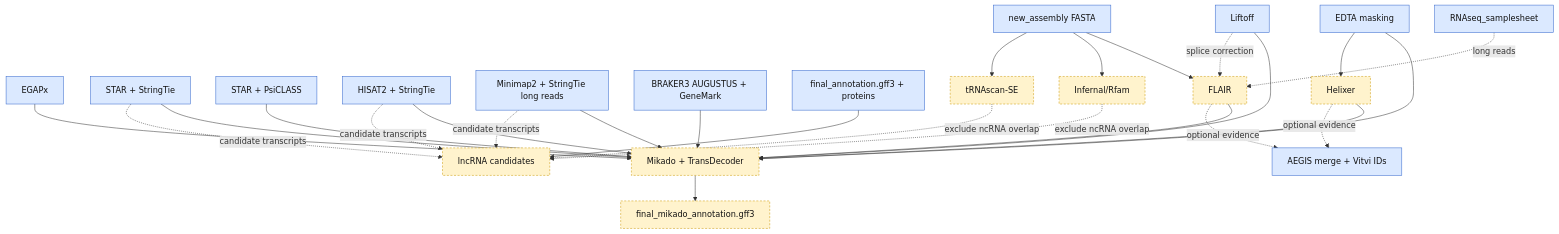
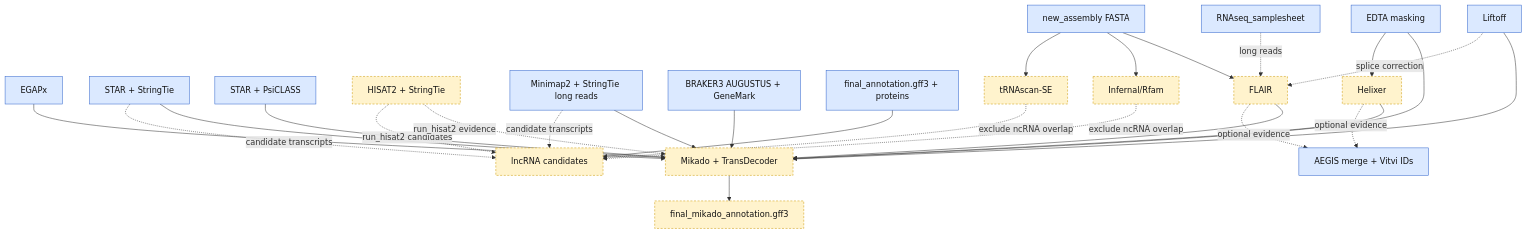
Before and after one commit to Grapedia/workflows: the third of 4 diagrams in TITAN/README.md, drawn with Mermaid. The commit also changed other lines of this file and 6 other files, not shown here.

````diff
--- a/TITAN/README.md
+++ b/TITAN/README.md
@@ -213,40 +217,42 @@
 ```mermaid
 flowchart TD
     classDef core fill:#dbe9ff,stroke:#3366cc,color:#111
     classDef opt fill:#fff3cd,stroke:#cc9900,color:#111,stroke-dasharray:4 3
 
     NEW[new_assembly FASTA]:::core
     RNA[RNAseq_samplesheet]:::core
     LIFT[Liftoff]:::core
     EDTA[EDTA masking]:::core
     EGAPX[EGAPx]:::core
     STAR[STAR + StringTie]:::core
     PSI[STAR + PsiCLASS]:::core
-    HISAT[HISAT2 + StringTie]:::core
+    HISAT[HISAT2 + StringTie]:::opt
     MM2[Minimap2 + StringTie long reads]:::core
     BRAKER[BRAKER3 AUGUSTUS + GeneMark]:::core
     FINAL[final_annotation.gff3 + proteins]:::core
     AEGIS[AEGIS merge + Vitvi IDs]:::core
 
     TRNA[tRNAscan-SE]:::opt
     RFAM[Infernal/Rfam]:::opt
     HELIXER[Helixer]:::opt
     FLAIR[FLAIR]:::opt
     LNC[lncRNA candidates]:::opt
     MIK[Mikado + TransDecoder]:::opt
     MIKGFF[final_mikado_annotation.gff3]:::opt
 
     NEW --> TRNA & RFAM & FLAIR
     RNA -.long reads.-> FLAIR
     LIFT -.splice correction.-> FLAIR
     EDTA --> HELIXER
     HELIXER & FLAIR -.optional evidence.-> AEGIS
 
     FINAL --> LNC
     TRNA & RFAM -.exclude ncRNA overlap.-> LNC
-    STAR & HISAT & MM2 -.candidate transcripts.-> LNC
+    STAR & MM2 -.candidate transcripts.-> LNC
+    HISAT -.run_hisat2 candidates.-> LNC
 
-    LIFT & EGAPX & BRAKER & STAR & PSI & HISAT & MM2 & HELIXER & FLAIR --> MIK
+    LIFT & EGAPX & BRAKER & STAR & PSI & MM2 & HELIXER & FLAIR --> MIK
+    HISAT -.run_hisat2 evidence.-> MIK
     EDTA --> MIK
     MIK --> MIKGFF
 ```
````
